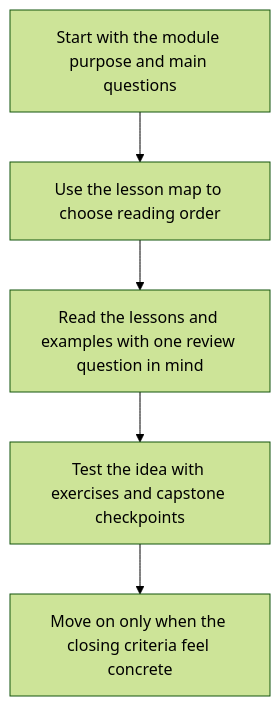
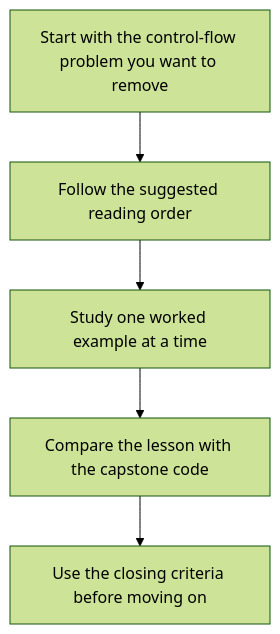
The second of 2 diagrams in programs/python-programming/python-functional-programming/course-book/module-06-monadic-flow-explicit-context/index.md (bijux/bijux-masterclass), drawn with Mermaid (forest theme) before and after one commit. The commit also changed other lines of this file, not shown here.

Commit message:
docs(functional-programming): clarify module 06 roadmap

````diff
--- a/programs/python-programming/python-functional-programming/course-book/module-06-monadic-flow-explicit-context/index.md
+++ b/programs/python-programming/python-functional-programming/course-book/module-06-monadic-flow-explicit-context/index.md
@@ -16,7 +15,7 @@
 ```mermaid
 flowchart TD
-  purpose["Start with the module purpose and main questions"] --> lesson_map["Use the lesson map to choose reading order"]
-  lesson_map --> study["Read the lessons and examples with one review question in mind"]
-  study --> proof["Test the idea with exercises and capstone checkpoints"]
-  proof --> close["Move on only when the closing criteria feel concrete"]
+  question["Start with the control-flow problem you want to remove"] --> order["Follow the suggested reading order"]
+  order --> examples["Study one worked example at a time"]
+  examples --> compare["Compare the lesson with the capstone code"]
+  compare --> close["Use the closing criteria before moving on"]
 ```
````
